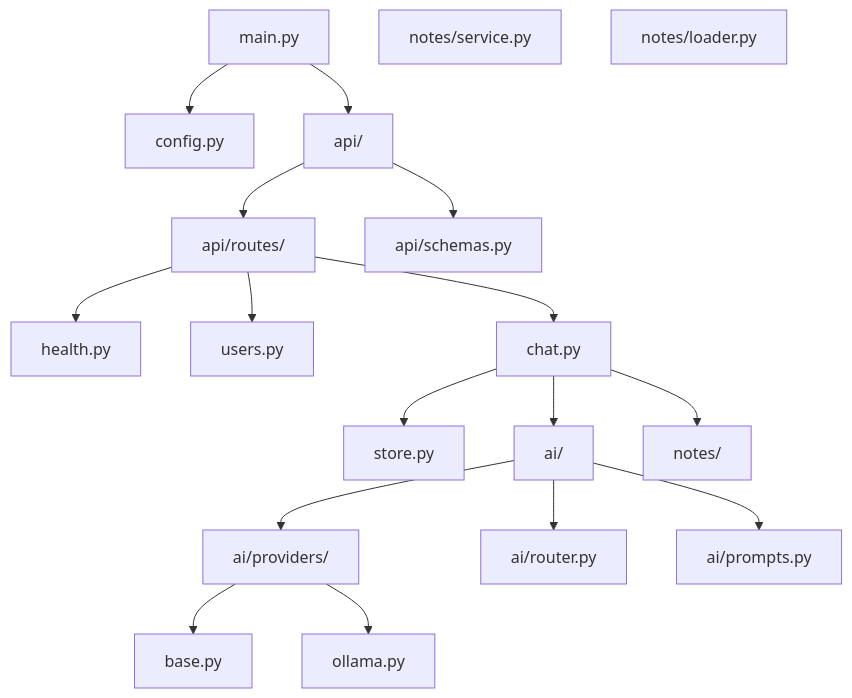
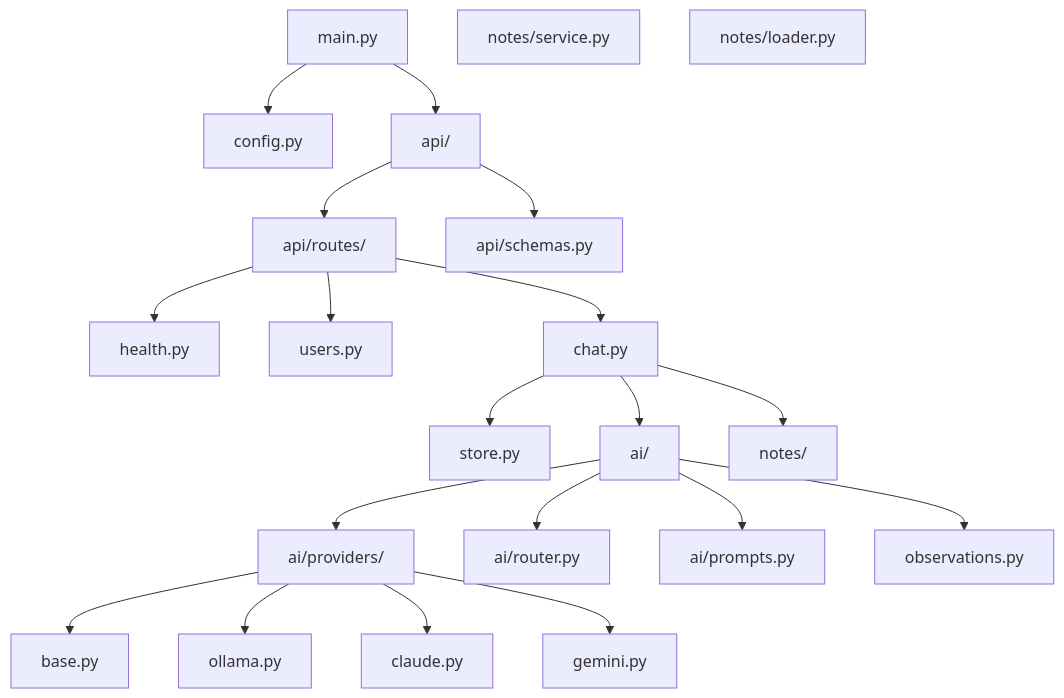
Before and after one commit to StevenGann/Gregory: the diagram in docs/DEVELOPMENT.md, drawn with Mermaid. The commit also changed other lines of this file and 24 other files, not shown here.

````diff
--- a/docs/DEVELOPMENT.md
+++ b/docs/DEVELOPMENT.md
@@ -41,40 +41,44 @@
 ```mermaid
 flowchart TD
     main[main.py]
     config[config.py]
     store[store.py]
 
     api[api/]
     api_routes[api/routes/]
     api_schemas[api/schemas.py]
 
     ai[ai/]
     ai_providers[ai/providers/]
     ai_router[ai/router.py]
     ai_prompts[ai/prompts.py]
 
     notes[notes/]
     notes_service[notes/service.py]
     notes_loader[notes/loader.py]
 
     main --> api
     main --> config
 
     api --> api_routes
     api --> api_schemas
 
     api_routes --> health[health.py]
     api_routes --> users[users.py]
     api_routes --> chat[chat.py]
 
     chat --> ai
     chat --> notes
     chat --> store
 
     ai --> ai_router
     ai --> ai_prompts
     ai --> ai_providers
 
     ai_providers --> base[base.py]
     ai_providers --> ollama[ollama.py]
+    ai_providers --> claude[claude.py]
+    ai_providers --> gemini[gemini.py]
+
+    ai --> ai_observations[observations.py]
 ```
````
